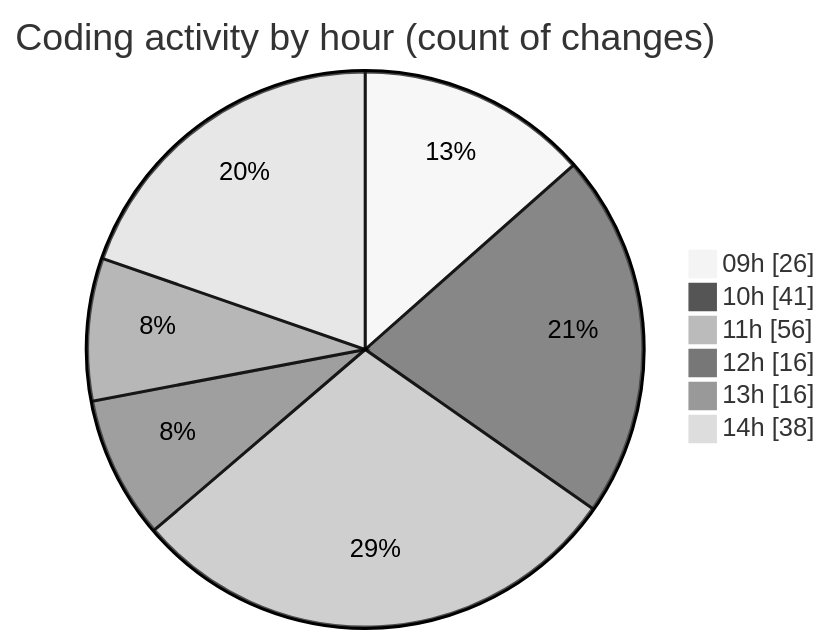
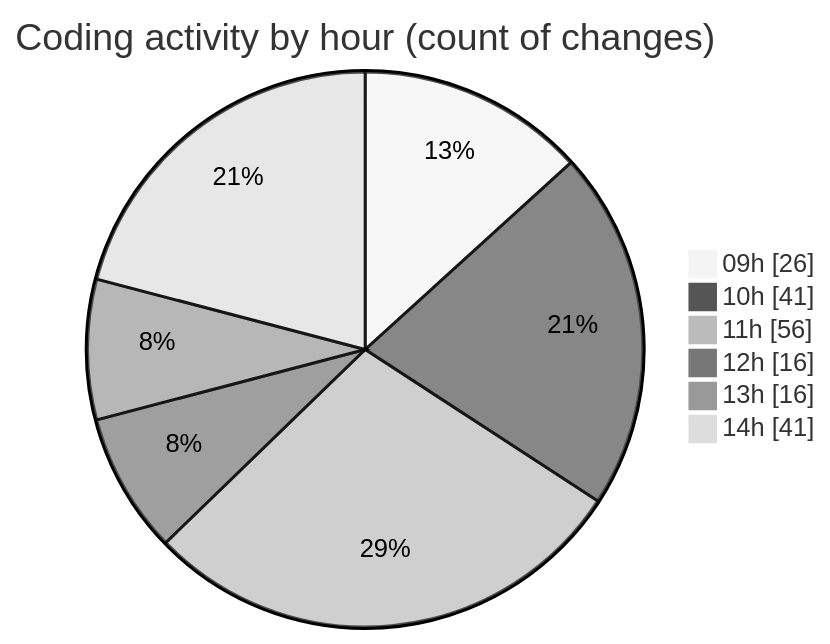
The second of 2 diagrams in 2026-05-12/cda/README.md (momahboobian/code-tracking), drawn with Mermaid (neutral theme) before and after one commit. The commit also changed other lines of this file and 1 other file, not shown here.

````diff
--- a/2026-05-12/cda/README.md
+++ b/2026-05-12/cda/README.md
@@ -65,10 +65,10 @@
 ```mermaid
 pie showData
 title Coding activity by hour (count of changes)
 "09h" : 26
 "10h" : 41
 "11h" : 56
 "12h" : 16
 "13h" : 16
-"14h" : 38
+"14h" : 41
 ```
````
